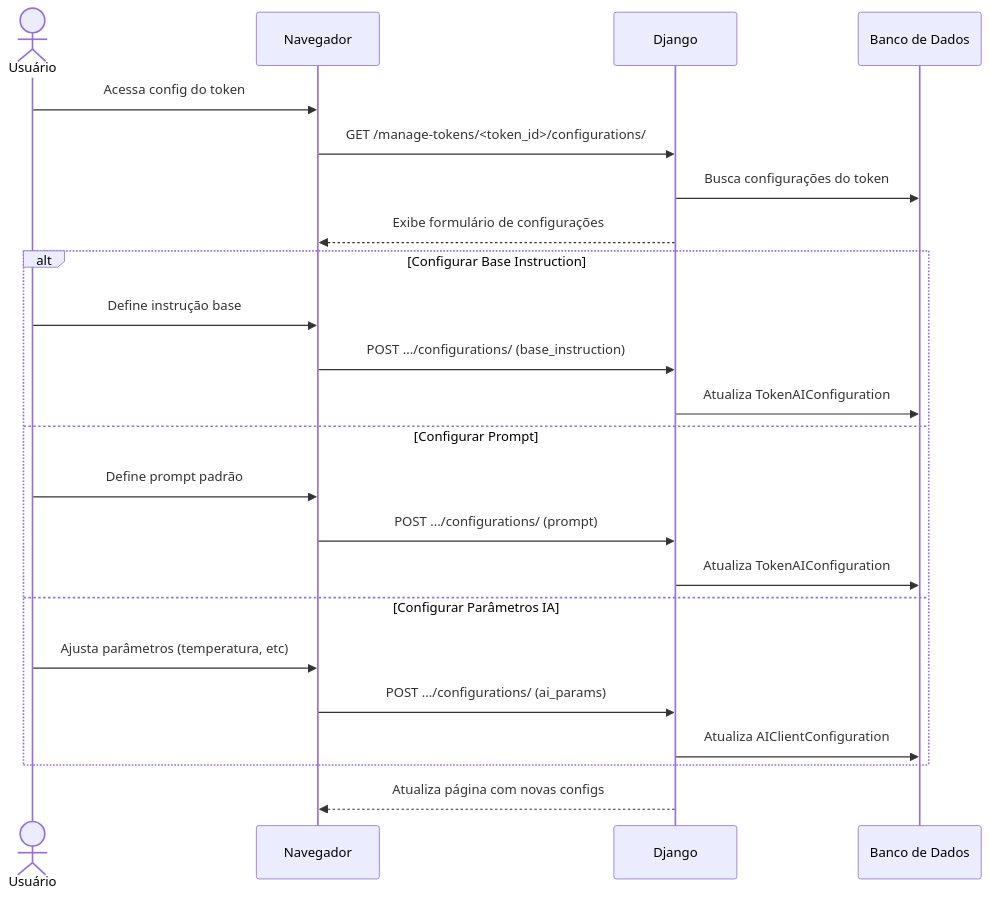
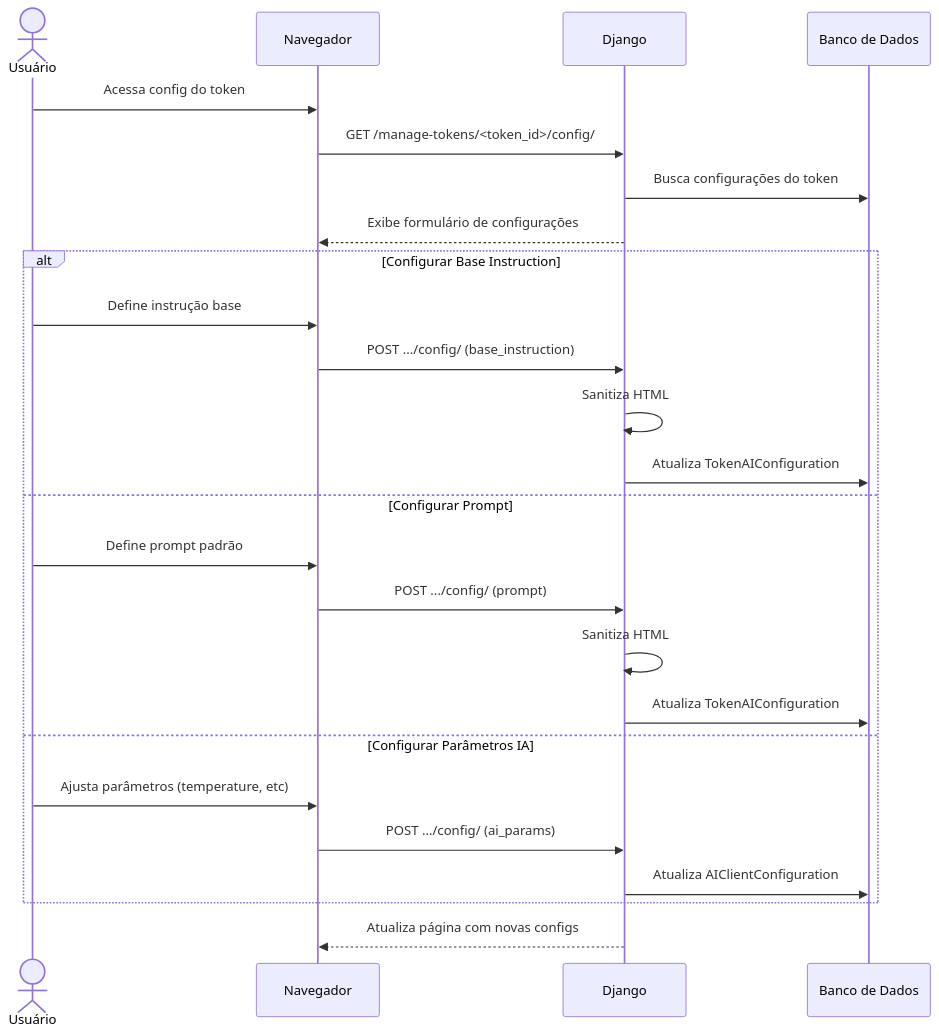
The sixth of 33 diagrams in README.md (diegogrosmann/EnsinaNet.AI), drawn with Mermaid before and after one commit. The commit also changed other lines of this file and 52 other files, not shown here.

````diff
--- a/README.md
+++ b/README.md
@@ -609,27 +610,29 @@
 ```mermaid
 sequenceDiagram
     actor U as Usuário
     participant N as Navegador
     participant D as Django
     participant DB as Banco de Dados
 
     U->>N: Acessa config do token
-    N->>D: GET /manage-tokens/<token_id>/configurations/
+    N->>D: GET /manage-tokens/<token_id>/config/
     D->>DB: Busca configurações do token
     D-->>N: Exibe formulário de configurações
 
     alt Configurar Base Instruction
         U->>N: Define instrução base
-        N->>D: POST .../configurations/ (base_instruction)
+        N->>D: POST .../config/ (base_instruction)
+        D->>D: Sanitiza HTML
         D->>DB: Atualiza TokenAIConfiguration
     else Configurar Prompt
         U->>N: Define prompt padrão
-        N->>D: POST .../configurations/ (prompt)
+        N->>D: POST .../config/ (prompt)
+        D->>D: Sanitiza HTML
         D->>DB: Atualiza TokenAIConfiguration
     else Configurar Parâmetros IA
-        U->>N: Ajusta parâmetros (temperatura, etc)
-        N->>D: POST .../configurations/ (ai_params)
+        U->>N: Ajusta parâmetros (temperature, etc)
+        N->>D: POST .../config/ (ai_params)
         D->>DB: Atualiza AIClientConfiguration
     end
     D-->>N: Atualiza página com novas configs
 ```
````
